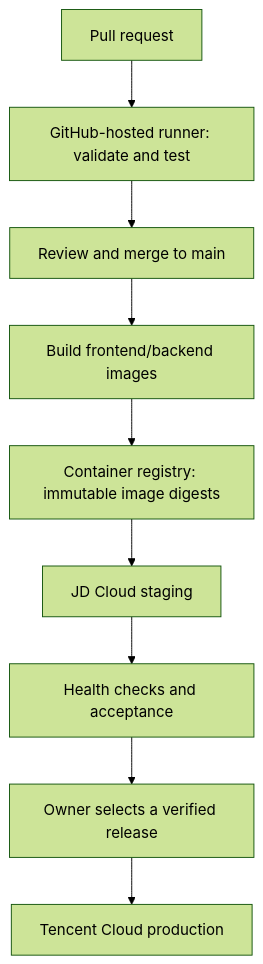
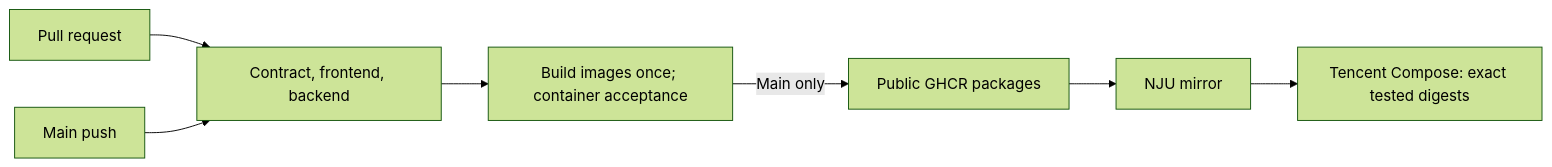
One commit to IiCEight/iSaber changed the diagram in docs/operations/github-cicd.md. Above: the diagram before and after it, drawn with Mermaid (forest theme). The commit also changed other lines of this file and 35 other files, not shown here.

````diff
--- a/docs/operations/github-cicd.md
+++ b/docs/operations/github-cicd.md
@@ -15,11 +5,9 @@
 ```mermaid
-flowchart TD
-    PR[Pull request] --> CI[GitHub-hosted runner: validate and test]
-    CI --> Review[Review and merge to main]
-    Review --> Build[Build frontend/backend images]
-    Build --> Registry[Container registry: immutable image digests]
-    Registry --> Stage[JD Cloud staging]
-    Stage --> Verify[Health checks and acceptance]
-    Verify --> Release[Owner selects a verified release]
-    Release --> Production[Tencent Cloud production]
+flowchart LR
+    PR[Pull request] --> Checks[Contract, frontend, backend]
+    Main[Main push] --> Checks
+    Checks --> Containers[Build images once; container acceptance]
+    Containers -->|Main only| GHCR[Public GHCR packages]
+    GHCR --> NJU[NJU mirror]
+    NJU --> Blog[Tencent Compose: exact tested digests]
 ```
````
